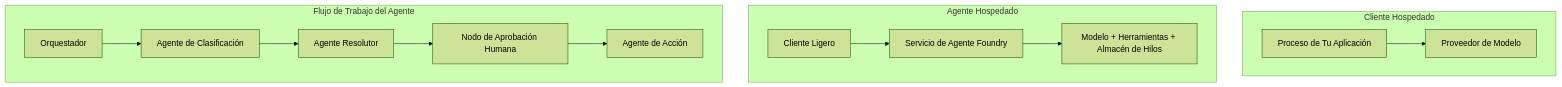
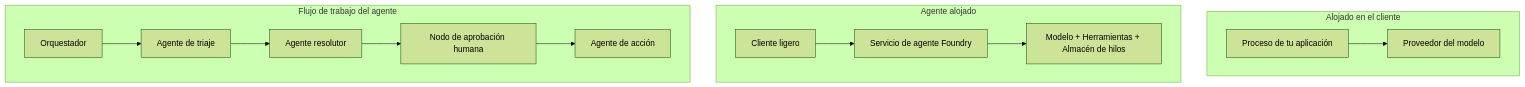
Before and after one commit to gabrielmoreira/agent-skills-mirror: the first of 4 diagrams in mirrors/repos/microsoft@ai-agents-for-beginners/translations/es/16-deploying-scalable-agents/README.md, drawn with Mermaid (forest theme). The commit also changed other lines of this file and 5918 other files, not shown here.

````diff
--- a/mirrors/repos/microsoft@ai-agents-for-beginners/translations/es/16-deploying-scalable-agents/README.md
+++ b/mirrors/repos/microsoft@ai-agents-for-beginners/translations/es/16-deploying-scalable-agents/README.md
@@ -87,16 +87,16 @@
 ```mermaid
 flowchart TB
-    subgraph P1[Cliente Hospedado]
-        A1[Proceso de Tu Aplicación] --> M1[Proveedor de Modelo]
+    subgraph P1[Alojado en el cliente]
+        A1[Proceso de tu aplicación] --> M1[Proveedor del modelo]
     end
-    subgraph P2[Agente Hospedado]
-        A2[Cliente Ligero] --> F2[Servicio de Agente Foundry]
-        F2 --> M2[Modelo + Herramientas + Almacén de Hilos]
+    subgraph P2[Agente alojado]
+        A2[Cliente ligero] --> F2[Servicio de agente Foundry]
+        F2 --> M2[Modelo + Herramientas + Almacén de hilos]
     end
-    subgraph P3[Flujo de Trabajo del Agente]
-        A3[Orquestador] --> S1[Agente de Clasificación]
-        S1 --> S2[Agente Resolutor]
-        S2 --> H[Nodo de Aprobación Humana]
-        H --> S3[Agente de Acción]
+    subgraph P3[Flujo de trabajo del agente]
+        A3[Orquestador] --> S1[Agente de triaje]
+        S1 --> S2[Agente resolutor]
+        S2 --> H[Nodo de aprobación humana]
+        H --> S3[Agente de acción]
     end
 ```
````
